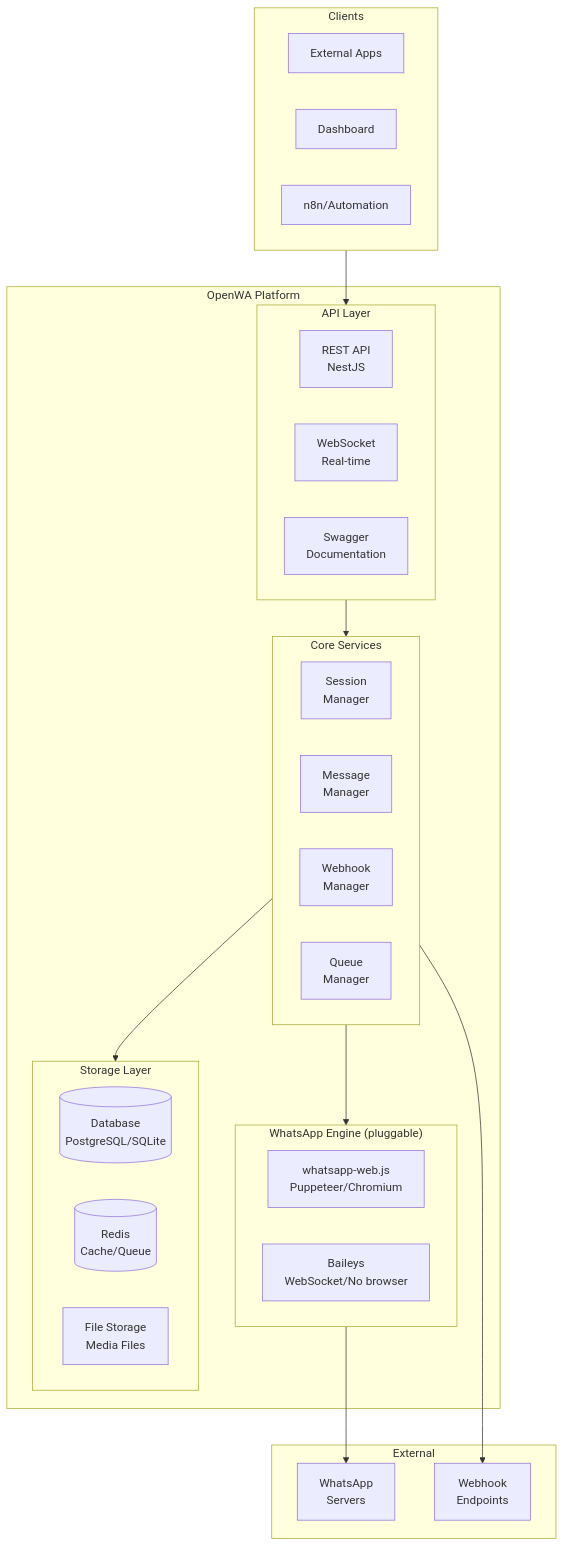
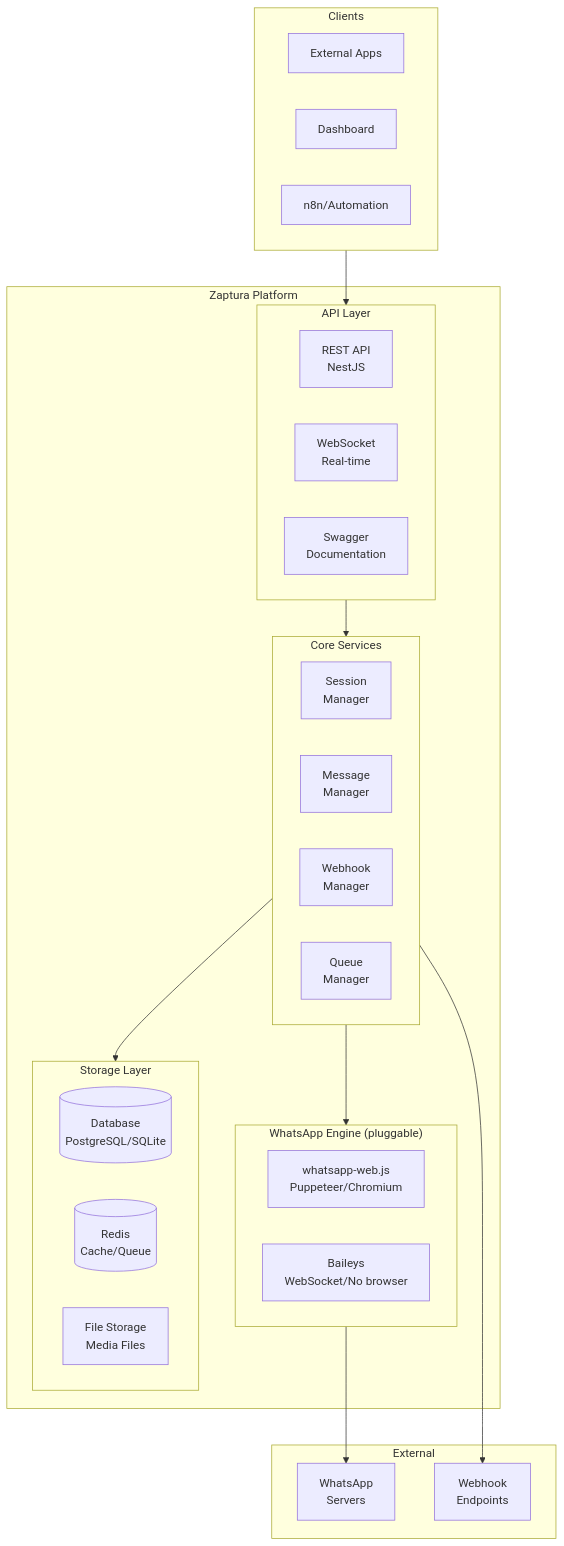
The first of 24 diagrams in docs/03-system-architecture.md (AsmSafone/Whatsapp-SaaS), drawn with Mermaid before and after one commit. The commit also changed other lines of this file and 940 other files, not shown here.

````diff
--- a/docs/03-system-architecture.md
+++ b/docs/03-system-architecture.md
@@ -7,46 +7,46 @@
 ```mermaid
 flowchart TB
     subgraph Clients["Clients"]
         C1[External Apps]
         C2[Dashboard]
         C3[n8n/Automation]
     end
 
-    subgraph OpenWA["OpenWA Platform"]
+    subgraph Zaptura["Zaptura Platform"]
         subgraph API["API Layer"]
             REST[REST API<br/>NestJS]
             WS[WebSocket<br/>Real-time]
             SWAGGER[Swagger<br/>Documentation]
         end
 
         subgraph Core["Core Services"]
             SM[Session<br/>Manager]
             MM[Message<br/>Manager]
             WH[Webhook<br/>Manager]
             QM[Queue<br/>Manager]
         end
 
         subgraph Engine["WhatsApp Engine (pluggable)"]
             WW[whatsapp-web.js<br/>Puppeteer/Chromium]
             BY[Baileys<br/>WebSocket/No browser]
         end
 
         subgraph Storage["Storage Layer"]
             DB[(Database<br/>PostgreSQL/SQLite)]
             REDIS[(Redis<br/>Cache/Queue)]
             FS[File Storage<br/>Media Files]
         end
     end
 
     subgraph External["External"]
         WA[WhatsApp<br/>Servers]
         WEBHOOK[Webhook<br/>Endpoints]
     end
 
     Clients --> API
     API --> Core
     Core --> Engine
     Core --> Storage
     Engine --> WA
     Core --> WEBHOOK
 ```
````
